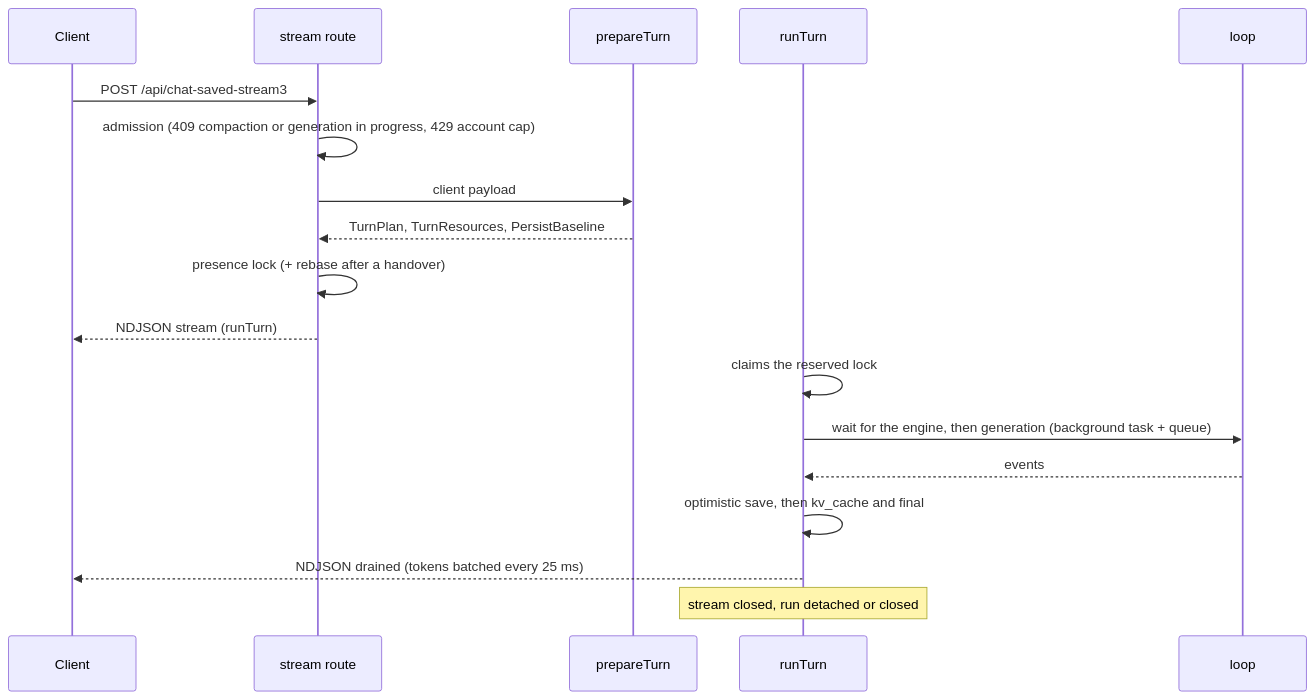
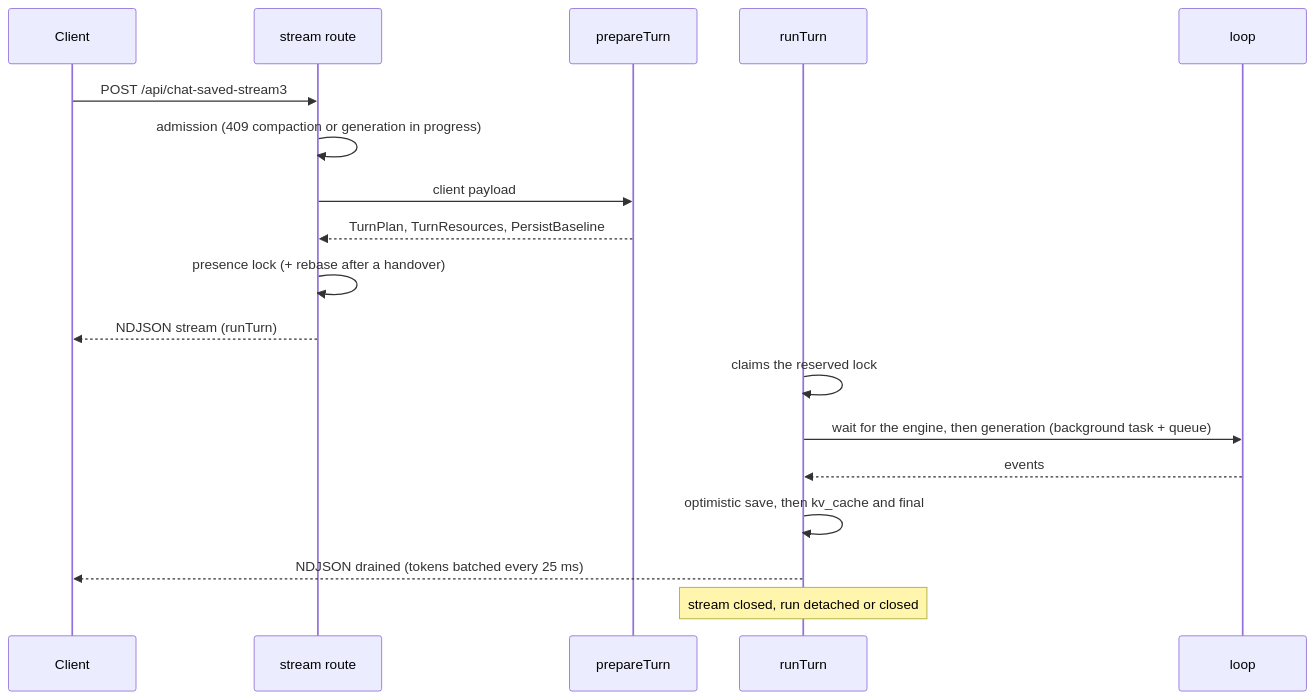
Before and after one commit to toto-fou/Elpis: the seventh of 16 diagrams in docs/architecture.md, drawn with Mermaid. The commit also changed other lines of this file and 27 other files, not shown here.

First line of the commit message:
Engine: one per-account cap on simultaneous requests

````diff
--- a/docs/architecture.md
+++ b/docs/architecture.md
@@ -728,20 +728,20 @@
 ```mermaid
 sequenceDiagram
     participant C as Client
     participant H as stream route
     participant P as prepareTurn
     participant R as runTurn
     participant B as loop
     C->>H: POST /api/chat-saved-stream3
-    H->>H: admission (409 compaction or generation in progress, 429 account cap)
+    H->>H: admission (409 compaction or generation in progress)
     H->>P: client payload
     P-->>H: TurnPlan, TurnResources, PersistBaseline
     H->>H: presence lock (+ rebase after a handover)
     H-->>C: NDJSON stream (runTurn)
     R->>R: claims the reserved lock
     R->>B: wait for the engine, then generation (background task + queue)
     B-->>R: events
     R->>R: optimistic save, then kv_cache and final
     R-->>C: NDJSON drained (tokens batched every 25 ms)
     Note over R: stream closed, run detached or closed
 ```
````
